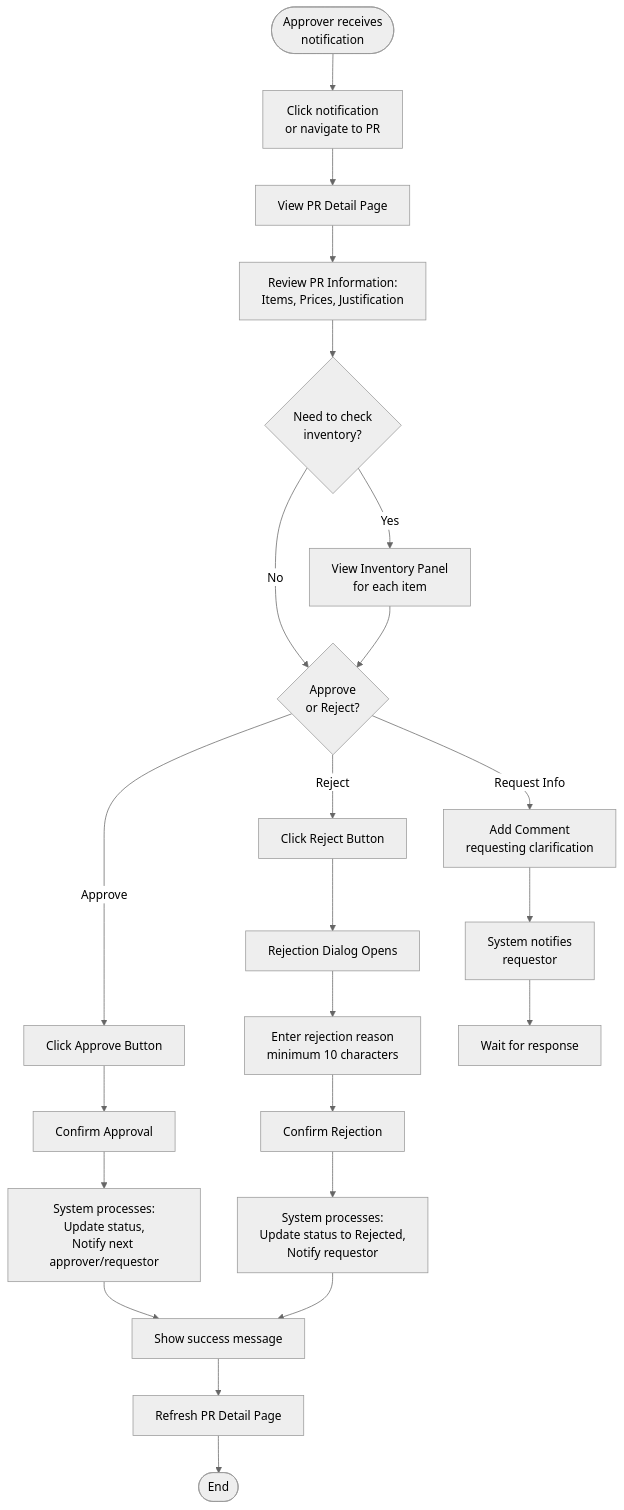
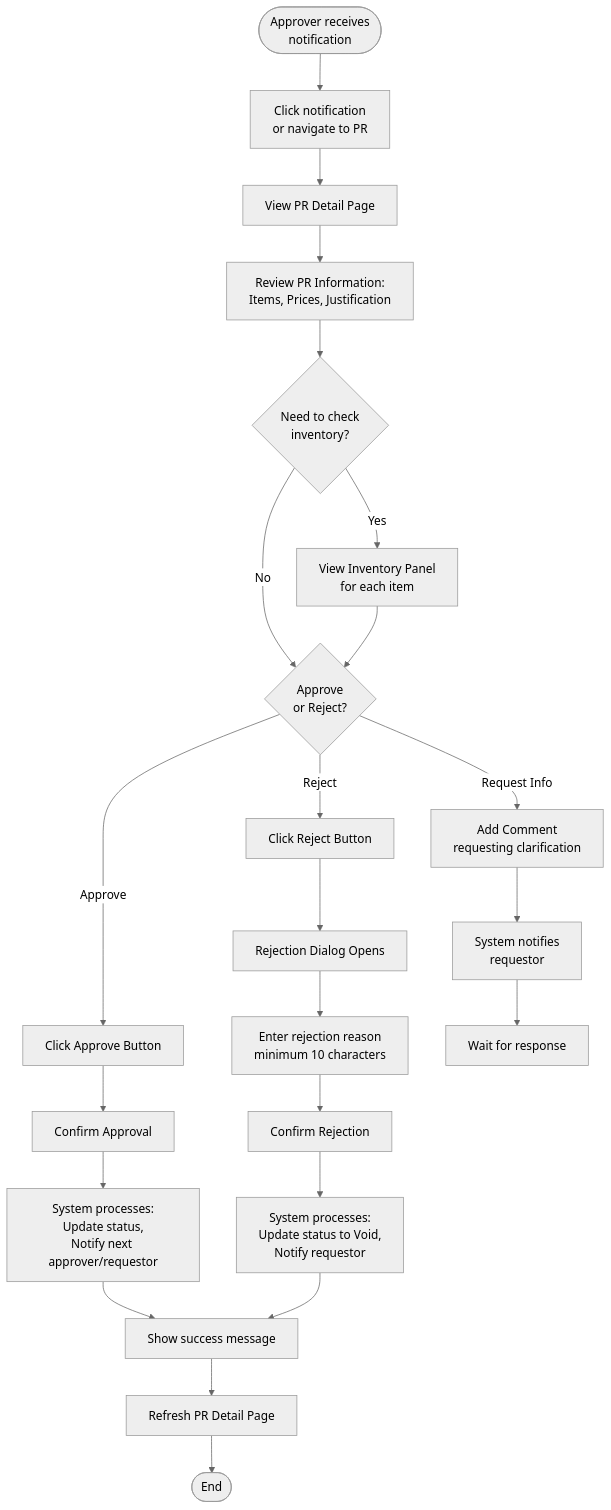
Before and after one commit to CarmenSoftware-organization/carmen: the fourth of 9 diagrams in docs/app/procurement/purchase-requests/TS-purchase-requests.md, drawn with Mermaid (neutral theme). The commit also changed other lines of this file and 1788 other files, not shown here.

````diff
--- a/docs/app/procurement/purchase-requests/TS-purchase-requests.md
+++ b/docs/app/procurement/purchase-requests/TS-purchase-requests.md
@@ -366,35 +382,35 @@
 ```mermaid
 flowchart TD
     Start([Approver receives<br/>notification]) --> AccessPR[Click notification<br/>or navigate to PR]
 
     AccessPR --> ViewDetail[View PR Detail Page]
 
     ViewDetail --> ReviewInfo[Review PR Information:<br/>Items, Prices, Justification]
 
     ReviewInfo --> CheckInventory{Need to check<br/>inventory?}
     CheckInventory -->|Yes| ViewInventory[View Inventory Panel<br/>for each item]
     CheckInventory -->|No| Decision
     ViewInventory --> Decision{Approve<br/>or Reject?}
 
     Decision -->|Approve| ClickApprove[Click Approve Button]
     Decision -->|Reject| ClickReject[Click Reject Button]
     Decision -->|Request Info| AddComment[Add Comment<br/>requesting clarification]
 
     ClickApprove --> ConfirmApprove[Confirm Approval]
     ConfirmApprove --> ProcessApproval[System processes:<br/>Update status,<br/>Notify next approver/requestor]
 
     ClickReject --> RejectDialog[Rejection Dialog Opens]
     RejectDialog --> EnterReason[Enter rejection reason<br/>minimum 10 characters]
     EnterReason --> ConfirmReject[Confirm Rejection]
-    ConfirmReject --> ProcessReject[System processes:<br/>Update status to Rejected,<br/>Notify requestor]
+    ConfirmReject --> ProcessReject[System processes:<br/>Update status to Void,<br/>Notify requestor]
 
     AddComment --> NotifyRequestor[System notifies<br/>requestor]
     NotifyRequestor --> WaitResponse[Wait for response]
 
     ProcessApproval --> ShowSuccess[Show success message]
     ProcessReject --> ShowSuccess
 
     ShowSuccess --> RefreshPage[Refresh PR Detail Page]
 
     RefreshPage --> End([End])
 ```
````
